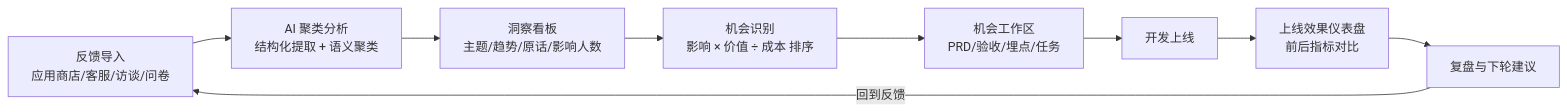
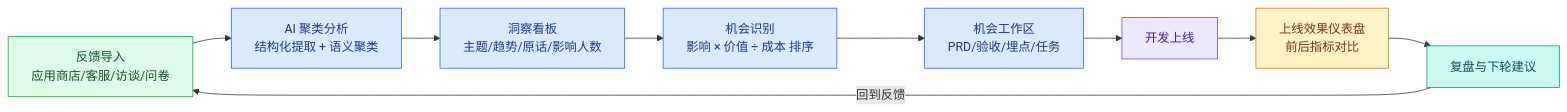
Before and after one commit to besthqhd/insightloop-app: the diagram in InsightLoop_PRD.md, drawn with Mermaid. The commit also changed other lines of this file, not shown here.

Commit message:
docs(PRD): v3.2 为 4 张 Mermaid 流程图添加彩色 classDef 主题

````diff
--- a/InsightLoop_PRD.md
+++ b/InsightLoop_PRD.md
@@ -76,11 +76,16 @@
 ```mermaid
 flowchart LR
-    A[反馈导入<br/>应用商店/客服/访谈/问卷] --> B[AI 聚类分析<br/>结构化提取 + 语义聚类]
-    B --> C[洞察看板<br/>主题/趋势/原话/影响人数]
-    C --> D[机会识别<br/>影响 × 价值 ÷ 成本 排序]
-    D --> E[机会工作区<br/>PRD/验收/埋点/任务]
-    E --> F[开发上线]
-    F --> G[上线效果仪表盘<br/>前后指标对比]
-    G --> H[复盘与下轮建议]
+    classDef in fill:#DCFCE7,stroke:#16A34A,color:#14532D
+    classDef ana fill:#DBEAFE,stroke:#2563EB,color:#1E3A8A
+    classDef dev fill:#EDE9FE,stroke:#7C3AED,color:#4C1D95
+    classDef out fill:#FEF3C7,stroke:#D97706,color:#78350F
+    classDef rev fill:#CCFBF1,stroke:#0D9488,color:#134E4A
+    A[反馈导入<br/>应用商店/客服/访谈/问卷]:::in --> B[AI 聚类分析<br/>结构化提取 + 语义聚类]:::ana
+    B --> C[洞察看板<br/>主题/趋势/原话/影响人数]:::ana
+    C --> D[机会识别<br/>影响 × 价值 ÷ 成本 排序]:::ana
+    D --> E[机会工作区<br/>PRD/验收/埋点/任务]:::ana
+    E --> F[开发上线]:::dev
+    F --> G[上线效果仪表盘<br/>前后指标对比]:::out
+    G --> H[复盘与下轮建议]:::rev
     H -->|回到反馈| A
 ```
````
